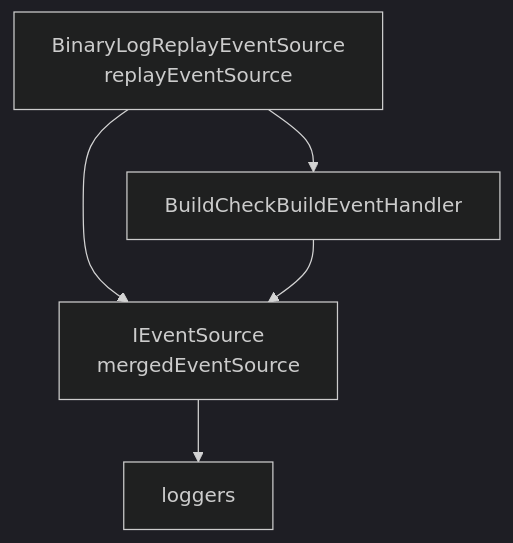
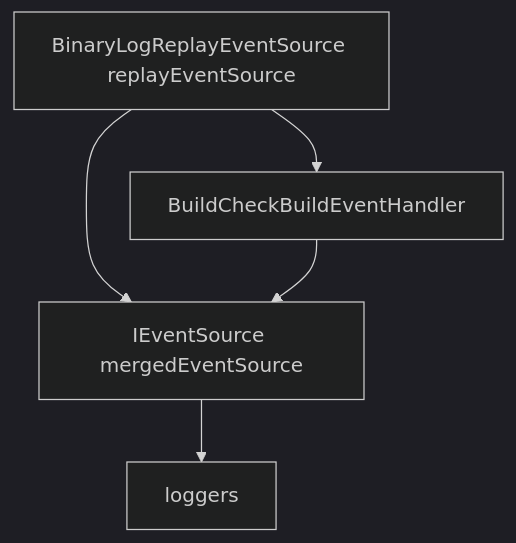
The diagram in src/msbuild/documentation/specs/BuildCheck/BuildCheck-Architecture.md (dotnet/dotnet), drawn with Mermaid (dark theme) before and after one commit. The commit also changed other lines of this file and 46 other files, not shown here.

````diff
--- a/src/msbuild/documentation/specs/BuildCheck/BuildCheck-Architecture.md
+++ b/src/msbuild/documentation/specs/BuildCheck/BuildCheck-Architecture.md
@@ -77,7 +77,7 @@
 ```mermaid
 flowchart TD
-    replayEventSource[BinaryLogReplayEventSource\nreplayEventSource] --> mergedEventSource[IEventSource\nmergedEventSource]
-    replayEventSource[BinaryLogReplayEventSource\nreplayEventSource] --> BuildCheckBuildEventHandler[BuildCheckBuildEventHandler]
-    BuildCheckBuildEventHandler[BuildCheckBuildEventHandler] --> mergedEventSource[IEventSource\nmergedEventSource]
-    mergedEventSource[IEventSource\nmergedEventSource] --> loggers
+    replayEventSource[BinaryLogReplayEventSource replayEventSource] --> mergedEventSource[IEventSource mergedEventSource]
+    replayEventSource[BinaryLogReplayEventSource replayEventSource] --> BuildCheckBuildEventHandler[BuildCheckBuildEventHandler]
+    BuildCheckBuildEventHandler[BuildCheckBuildEventHandler] --> mergedEventSource[IEventSource mergedEventSource]
+    mergedEventSource[IEventSource mergedEventSource] --> loggers
 ```
````
